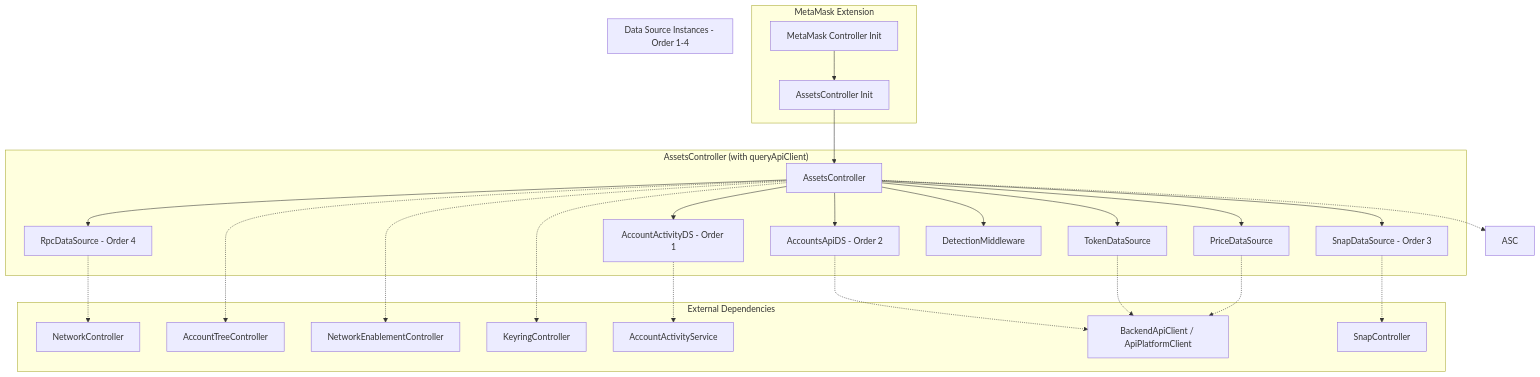
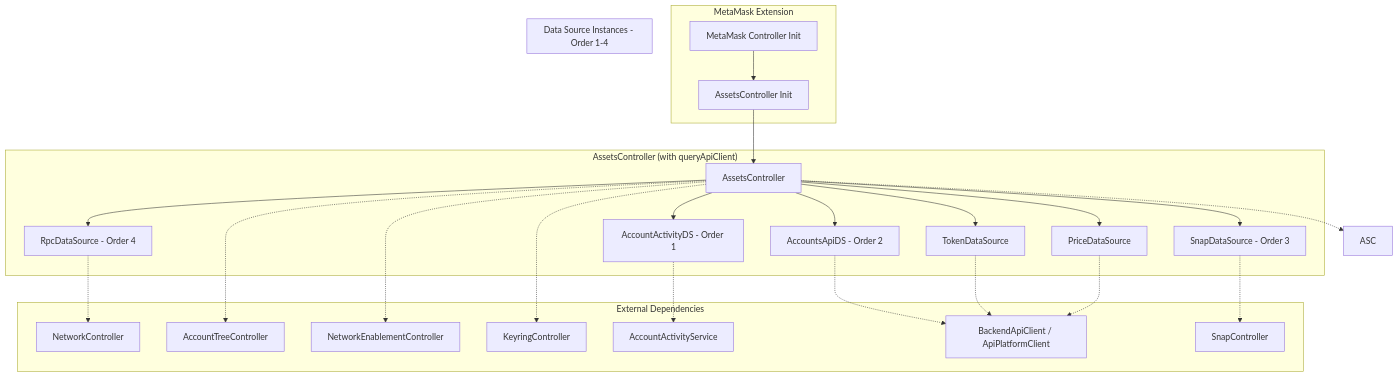
The first of 2 diagrams in packages/assets-controller/src/README.md (MetaMask/core), drawn with Mermaid before and after one commit. The commit also changed other lines of this file and 21 other files, not shown here.

````diff
--- a/packages/assets-controller/src/README.md
+++ b/packages/assets-controller/src/README.md
@@ -827,47 +822,46 @@
 ```mermaid
 flowchart TB
     subgraph Extension["MetaMask Extension"]
         MI[MetaMask Controller Init]
         ACI[AssetsController Init]
     end
 
     subgraph AssetsControllerInit["AssetsController (with queryApiClient)"]
         AC[AssetsController]
-        AC --> AA & API & SNAP & RPC & TOK & PRICE & DET
+        AC --> AA & API & SNAP & RPC & TOK & PRICE
     end
 
     subgraph DataSources["Data Source Instances - Order 1-4"]
         AA[AccountActivityDS - Order 1]
         API[AccountsApiDS - Order 2]
         SNAP[SnapDataSource - Order 3]
         RPC[RpcDataSource - Order 4]
         TOK[TokenDataSource]
         PRICE[PriceDataSource]
-        DET[DetectionMiddleware]
     end
 
     subgraph ExternalDeps["External Dependencies"]
         NC[NetworkController]
         ATC[AccountTreeController]
         NEC[NetworkEnablementController]
         KC[KeyringController]
         AAS[AccountActivityService]
         BAC[BackendApiClient / ApiPlatformClient]
         SC[SnapController]
     end
 
     MI --> ACI
     ACI --> AC
 
     RPC -.-> NC
     AA -.-> AAS
     API -.-> BAC
     SNAP -.-> SC
     TOK -.-> BAC
     PRICE -.-> BAC
 
     AC -.-> ATC
     AC -.-> NEC
     AC -.-> KC
     AC -.-> ASC
 ```
````
